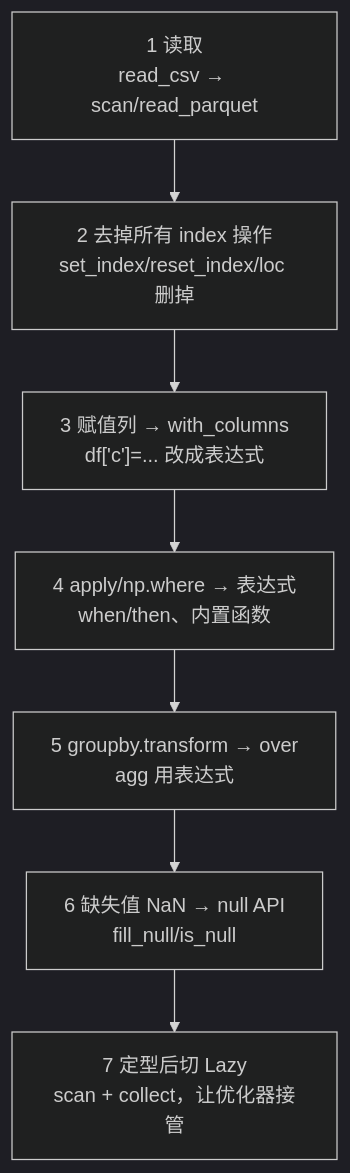
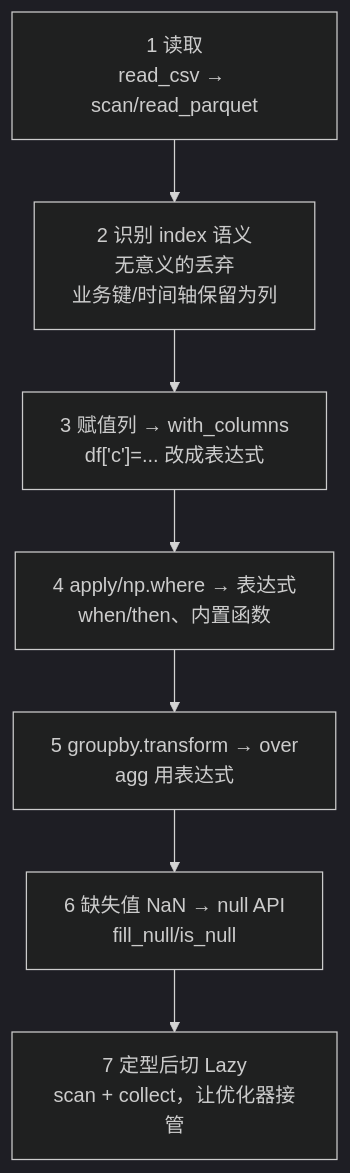
The second of 3 diagrams in src/content/docs/12-migration-sql.md (wsafight/polars-docs), drawn with Mermaid (dark theme) before and after one commit. The commit also changed other lines of this file and 10 other files, not shown here.

````diff
--- a/src/content/docs/12-migration-sql.md
+++ b/src/content/docs/12-migration-sql.md
@@ -54,9 +54,9 @@
 ```mermaid
 flowchart TD
-    S1["1 读取<br/>read_csv → scan/read_parquet"] --> S2["2 去掉所有 index 操作<br/>set_index/reset_index/loc 删掉"]
+    S1["1 读取<br/>read_csv → scan/read_parquet"] --> S2["2 识别 index 语义<br/>无意义的丢弃<br/>业务键/时间轴保留为列"]
     S2 --> S3["3 赋值列 → with_columns<br/>df['c']=... 改成表达式"]
     S3 --> S4["4 apply/np.where → 表达式<br/>when/then、内置函数"]
     S4 --> S5["5 groupby.transform → over<br/>agg 用表达式"]
     S5 --> S6["6 缺失值 NaN → null API<br/>fill_null/is_null"]
     S6 --> S7["7 定型后切 Lazy<br/>scan + collect，让优化器接管"]
 ```
````
